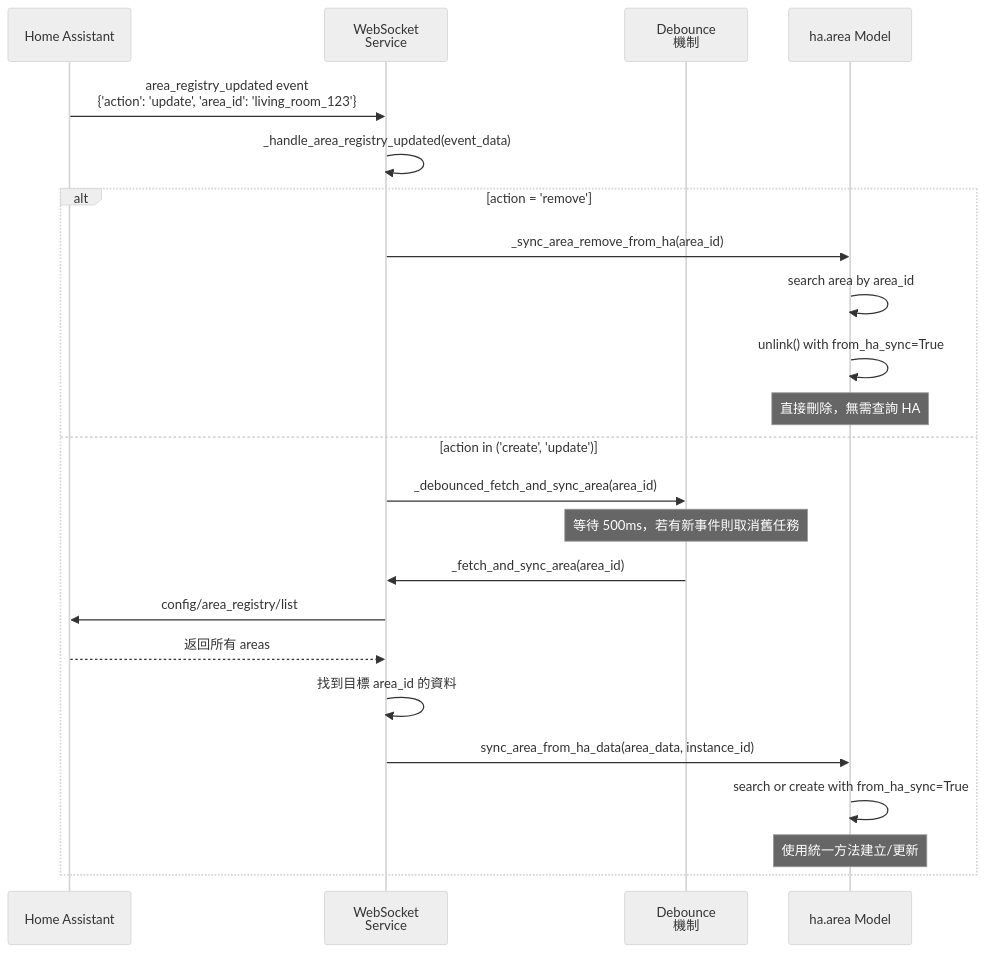
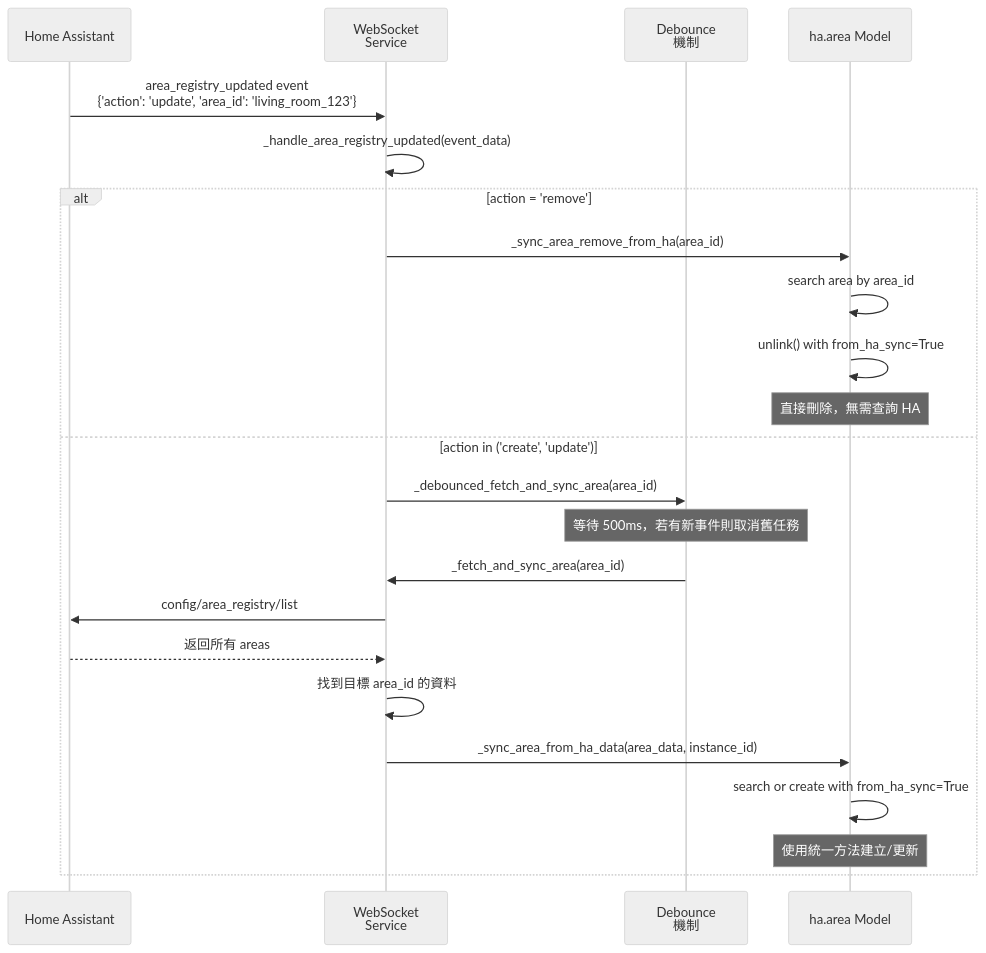
One commit to WOOWTECH/odoo-addon-odoo-ha-addon changed the seventh of 9 diagrams in docs/architecture/bidirectional-sync.md. Above: the diagram before and after it, drawn with Mermaid (neutral theme). The commit also changed other lines of this file and 13 other files, not shown here.

````diff
--- a/docs/architecture/bidirectional-sync.md
+++ b/docs/architecture/bidirectional-sync.md
@@ -386,30 +386,30 @@
 ```mermaid
 sequenceDiagram
     participant HA as Home Assistant
     participant WSService as WebSocket<br/>Service
     participant Debounce as Debounce<br/>機制
     participant OdooArea as ha.area Model
 
     HA->>WSService: area_registry_updated event<br/>{'action': 'update', 'area_id': 'living_room_123'}
 
     WSService->>WSService: _handle_area_registry_updated(event_data)
 
     alt action = 'remove'
         WSService->>OdooArea: _sync_area_remove_from_ha(area_id)
         OdooArea->>OdooArea: search area by area_id
         OdooArea->>OdooArea: unlink() with from_ha_sync=True
         Note over OdooArea: 直接刪除，無需查詢 HA
     else action in ('create', 'update')
         WSService->>Debounce: _debounced_fetch_and_sync_area(area_id)
         Note over Debounce: 等待 500ms，若有新事件則取消舊任務
 
         Debounce->>WSService: _fetch_and_sync_area(area_id)
         WSService->>HA: config/area_registry/list
         HA-->>WSService: 返回所有 areas
         WSService->>WSService: 找到目標 area_id 的資料
 
-        WSService->>OdooArea: sync_area_from_ha_data(area_data, instance_id)
+        WSService->>OdooArea: _sync_area_from_ha_data(area_data, instance_id)
         OdooArea->>OdooArea: search or create with from_ha_sync=True
         Note over OdooArea: 使用統一方法建立/更新
     end
 ```
````
